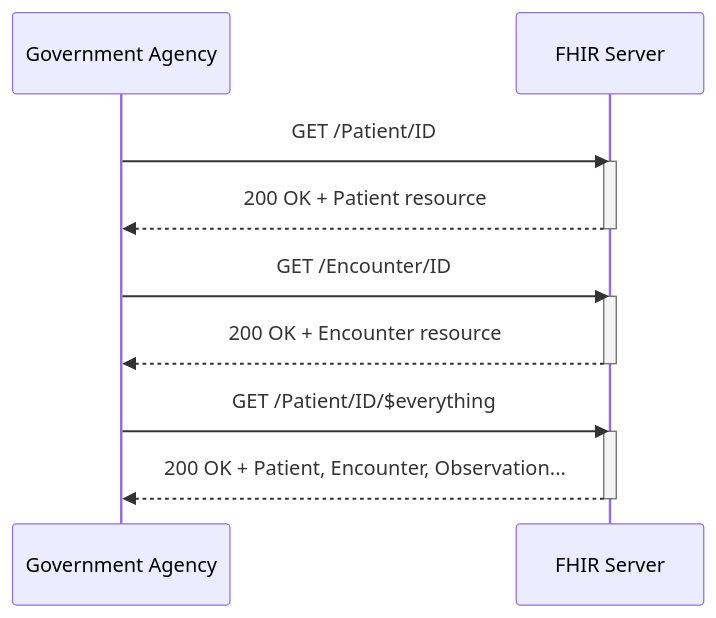
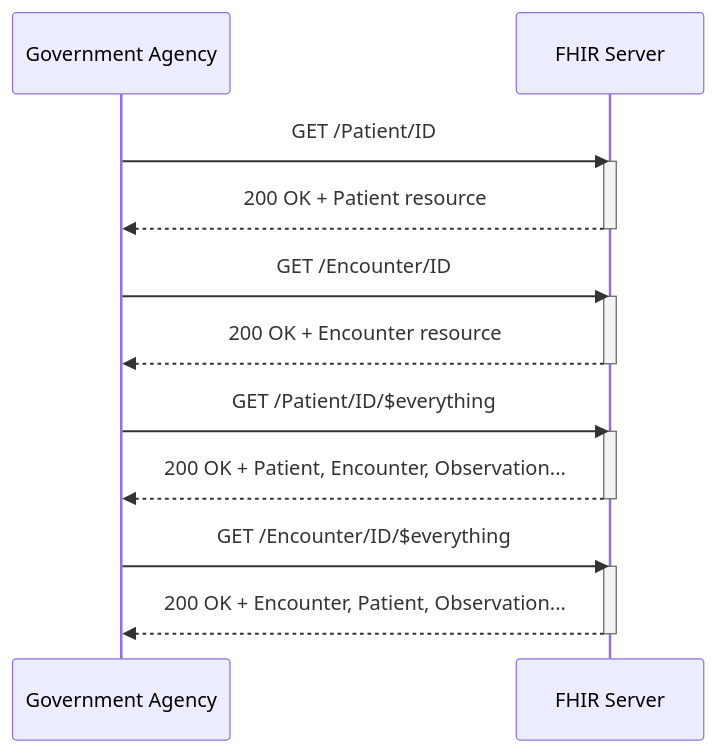
Before and after one commit to UPM-NTHC/PH-RSNovember2025Connectathon: the diagram in use-case-4.md, drawn with Mermaid. The commit also changed other lines of this file and 2 other files, not shown here.

````diff
--- a/use-case-4.md
+++ b/use-case-4.md
@@ -45,15 +44,22 @@
 ```mermaid
 sequenceDiagram
     Government Agency->>FHIR Server : GET /Patient/ID
     activate FHIR Server
     FHIR Server-->> Government Agency: 200 OK + Patient resource
     deactivate FHIR Server
+
     Government Agency->>FHIR Server: GET /Encounter/ID
     activate FHIR Server
     FHIR Server -->> Government Agency : 200 OK + Encounter resource
     deactivate FHIR Server
+
     Government Agency->>FHIR Server: GET /Patient/ID/$everything
     activate FHIR Server
     FHIR Server -->> Government Agency : 200 OK + Patient, Encounter, Observation...
     deactivate FHIR Server
+
+    Government Agency->>FHIR Server: GET /Encounter/ID/$everything
+    activate FHIR Server
+    FHIR Server -->> Government Agency : 200 OK + Encounter, Patient, Observation...
+    deactivate FHIR Server
 ```
````
